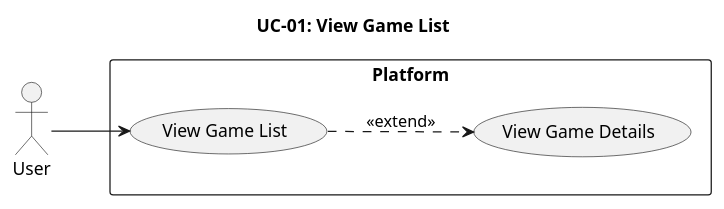
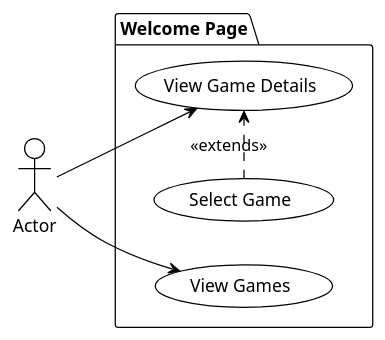
One commit to manavpreet1809/Multiplayer-Gaming-Platform changed the diagram in docs/03 useCases/UC-01 View Game List.md. Above: the diagram before and after it, drawn with PlantUML. The commit also changed other lines of this file, not shown here.

Commit message:
Updated UC-01 md file with new PlantUML SVG

````diff
--- a/docs/03 useCases/UC-01 View Game List.md
+++ b/docs/03 useCases/UC-01 View Game List.md
@@ -7,19 +8,13 @@
-```plantuml
 @startuml
-title UC-01: View Game List
-
+!theme plain
+actor Actor as A1
 left to right direction
-skinparam packageStyle rectangle
-
-actor "User" as User
-
-rectangle "Platform" {
-  usecase "View Game List" as UC01
-  usecase "View Game Details" as VGD
+package "Welcome Page"{
+usecase "View Games" as UC1
+usecase "View Game Details" as UC2
+usecase "Select Game" as UC3
 }
-
-User --> UC01
-UC01 ..> VGD : <<extend>>
-
+A1 --> UC1
+A1 --> UC2
+UC3 .> UC2 :<<extends>>
 @enduml
-```
````
